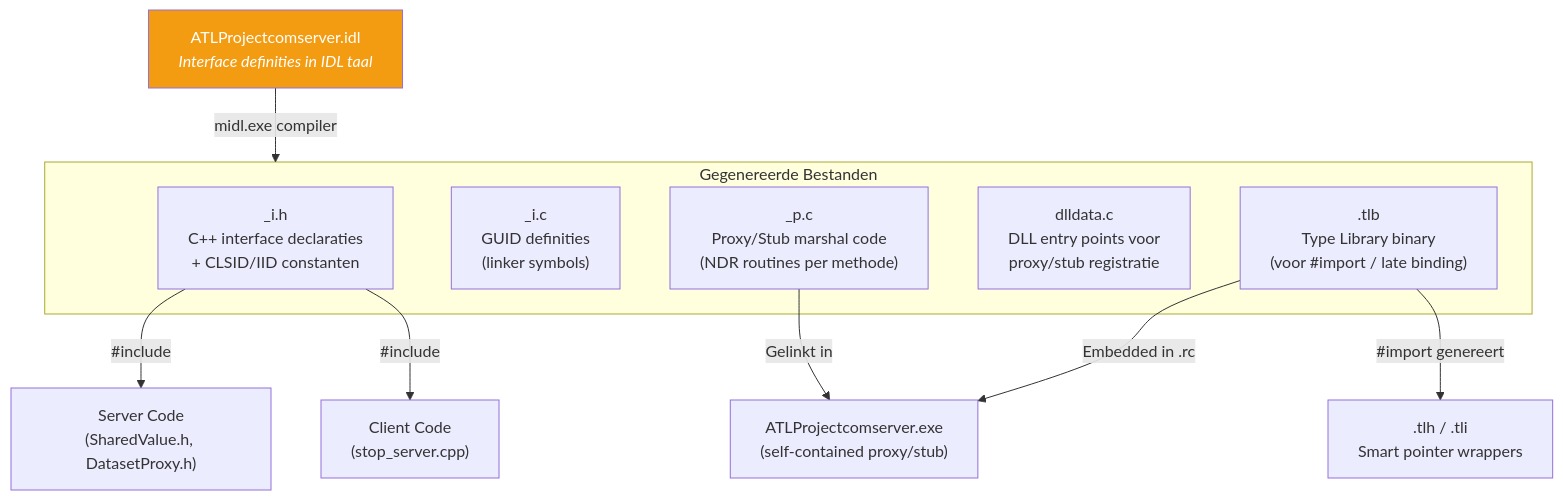
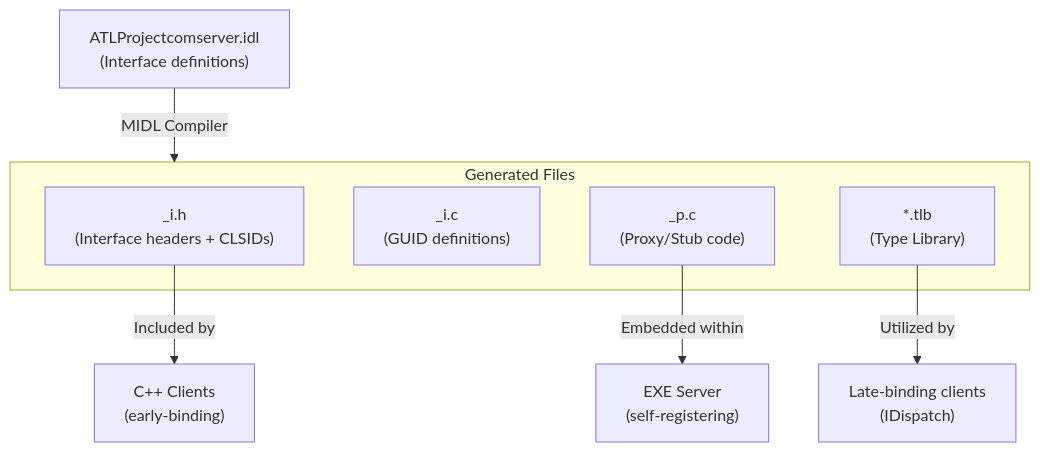
One commit to snodeplannen/sharedvar changed the ninth of 20 diagrams in ATLProjectcomserverExe/ARCHITECTURE.md. Above: the diagram before and after it, drawn with Mermaid. The commit also changed other lines of this file and 90 other files, not shown here.

````diff
--- a/ATLProjectcomserverExe/ARCHITECTURE.md
+++ b/ATLProjectcomserverExe/ARCHITECTURE.md
@@ -547,20 +457,15 @@
 ```mermaid
 graph TD
-    IDL["ATLProjectcomserver.idl<br/><i>Interface definities in IDL taal</i>"] -->|"midl.exe compiler"| GEN
+    IDL["ATLProjectcomserver.idl<br/>(Interface definitions)"] -->|MIDL Compiler| GEN
 
-    subgraph GEN["Gegenereerde Bestanden"]
-        IH["_i.h<br/>C++ interface declaraties<br/>+ CLSID/IID constanten"]
-        IC["_i.c<br/>GUID definities<br/>(linker symbols)"]
-        PC["_p.c<br/>Proxy/Stub marshal code<br/>(NDR routines per methode)"]
-        DC["dlldata.c<br/>DLL entry points voor<br/>proxy/stub registratie"]
-        TLB[".tlb<br/>Type Library binary<br/>(voor #import / late binding)"]
+    subgraph GEN["Generated Files"]
+        IH["_i.h<br/>(Interface headers + CLSIDs)"]
+        IC["_i.c<br/>(GUID definitions)"]
+        PC["_p.c<br/>(Proxy/Stub code)"]
+        TLB["*.tlb<br/>(Type Library)"]
     end
 
-    IH -->|"#include"| SERVER["Server Code<br/>(SharedValue.h, DatasetProxy.h)"]
-    IH -->|"#include"| CLCODE["Client Code<br/>(stop_server.cpp)"]
-    PC -->|"Gelinkt in"| EXESERVER["ATLProjectcomserver.exe<br/>(self-contained proxy/stub)"]
-    TLB -->|"Embedded in .rc"| EXESERVER
-    TLB -->|"#import genereert"| TLHTLI[".tlh / .tli<br/>Smart pointer wrappers"]
-
-    style IDL fill:#f39c12,color:#fff
+    PC -->|"Embedded within"| EXESERVER["EXE Server<br/>(self-registering)"]
+    TLB -->|"Utilized by"| CLIENTS["Late-binding clients<br/>(IDispatch)"]
+    IH -->|"Included by"| CPPCLIENTS["C++ Clients<br/>(early-binding)"]
 ```
````
